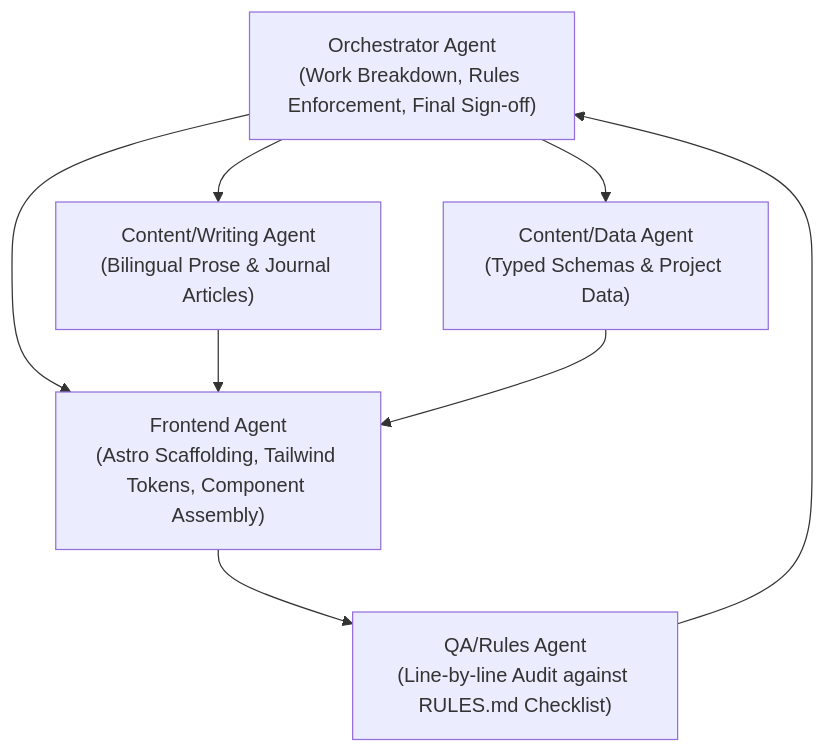
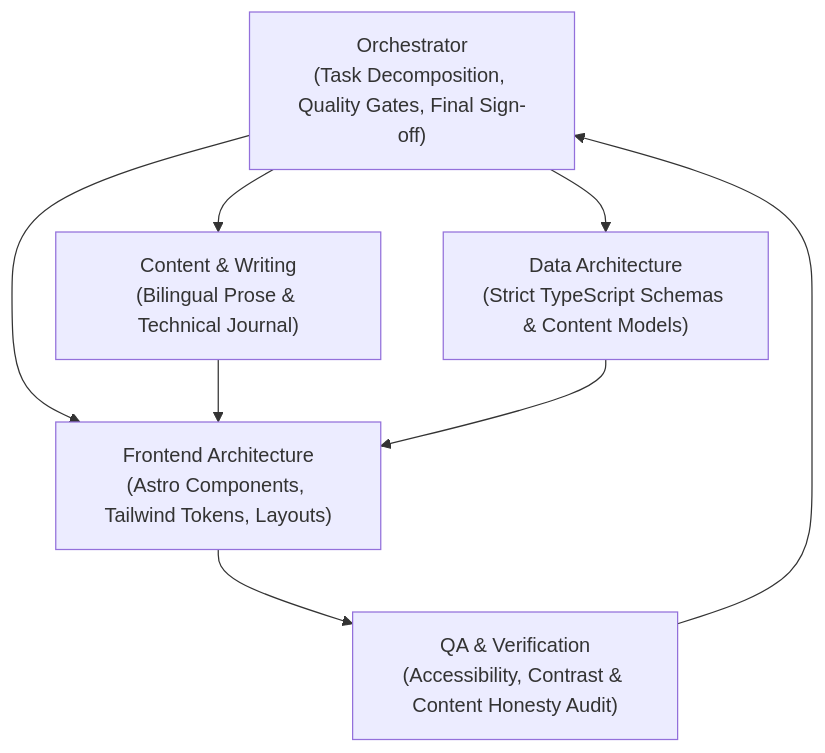
The diagram in README.md (iGabrielCampos/iGabrielCampos.github.io), drawn with Mermaid before and after one commit. The commit also changed other lines of this file, not shown here.

````diff
--- a/README.md
+++ b/README.md
@@ -47,16 +53,16 @@
 ```mermaid
 flowchart TD
-    ORC["Orchestrator Agent\n(Work Breakdown, Rules Enforcement, Final Sign-off)"]
-    CWA["Content/Writing Agent\n(Bilingual Prose & Journal Articles)"]
-    CDA["Content/Data Agent\n(Typed Schemas & Project Data)"]
-    FA["Frontend Agent\n(Astro Scaffolding, Tailwind Tokens, Component Assembly)"]
-    QA["QA/Rules Agent\n(Line-by-line Audit against RULES.md Checklist)"]
+    ORC["Orchestrator\n(Task Decomposition, Quality Gates, Final Sign-off)"]
+    CWA["Content & Writing\n(Bilingual Prose & Technical Journal)"]
+    CDA["Data Architecture\n(Strict TypeScript Schemas & Content Models)"]
+    FA["Frontend Architecture\n(Astro Components, Tailwind Tokens, Layouts)"]
+    QA["QA & Verification\n(Accessibility, Contrast & Content Honesty Audit)"]
 
     ORC --> CWA
     ORC --> CDA
     ORC --> FA
     CWA --> FA
     CDA --> FA
     FA --> QA
     QA --> ORC
 ```
````
